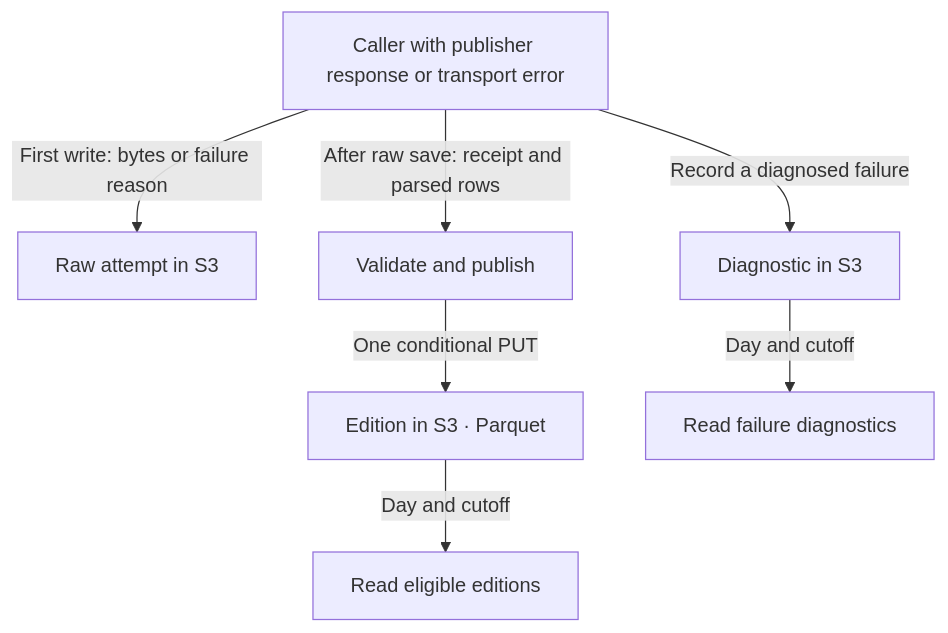
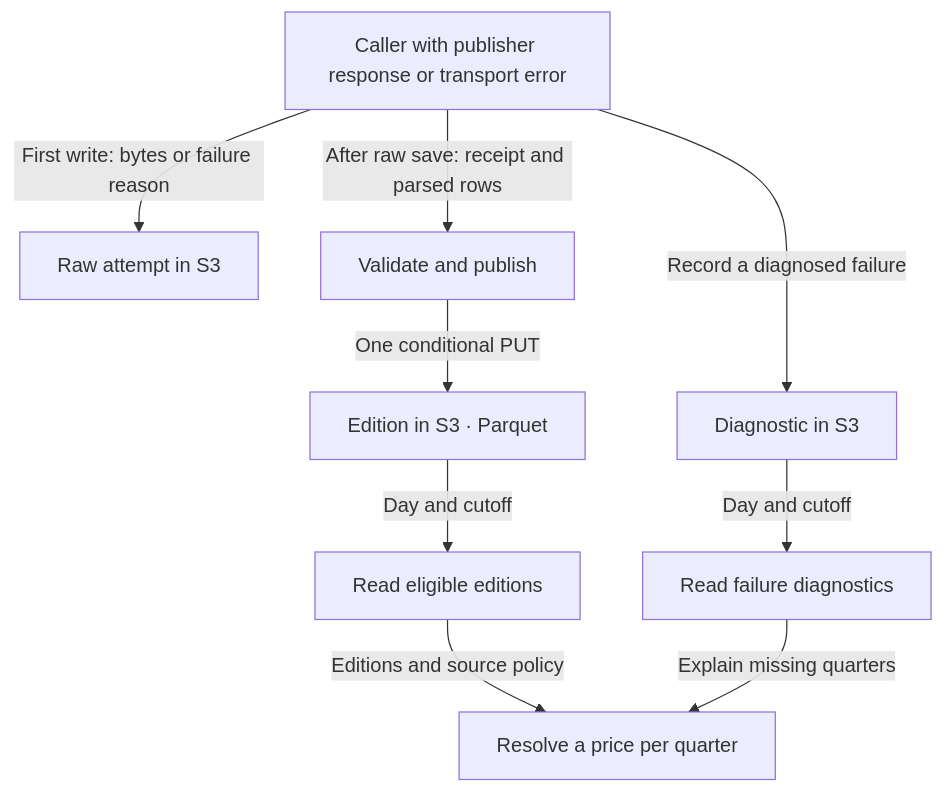
The diagram in coppersushi/pipelines/market_data/README.md (zoltanmaric/coppersushi), drawn with Mermaid before and after one commit. The commit also changed other lines of this file and 3 other files, not shown here.

Commit message:
Resolve eligible editions into prices with source evidence

````diff
--- a/coppersushi/pipelines/market_data/README.md
+++ b/coppersushi/pipelines/market_data/README.md
@@ -9,10 +9,12 @@
 ```mermaid
 flowchart TD
     Caller["Caller with publisher response or transport error"]
     Caller -->|First write: bytes or failure reason| Raw["Raw attempt in S3"]
     Caller -->|After raw save: receipt and parsed rows| Writer["Validate and publish"]
     Writer -->|One conditional PUT| Table["Edition in S3 · Parquet"]
     Caller -->|Record a diagnosed failure| Fail["Diagnostic in S3"]
     Table -->|Day and cutoff| Read["Read eligible editions"]
     Fail -->|Day and cutoff| Audit["Read failure diagnostics"]
+    Read -->|Editions and source policy| Resolve["Resolve a price per quarter"]
+    Audit -->|Explain missing quarters| Resolve
 ```
````
